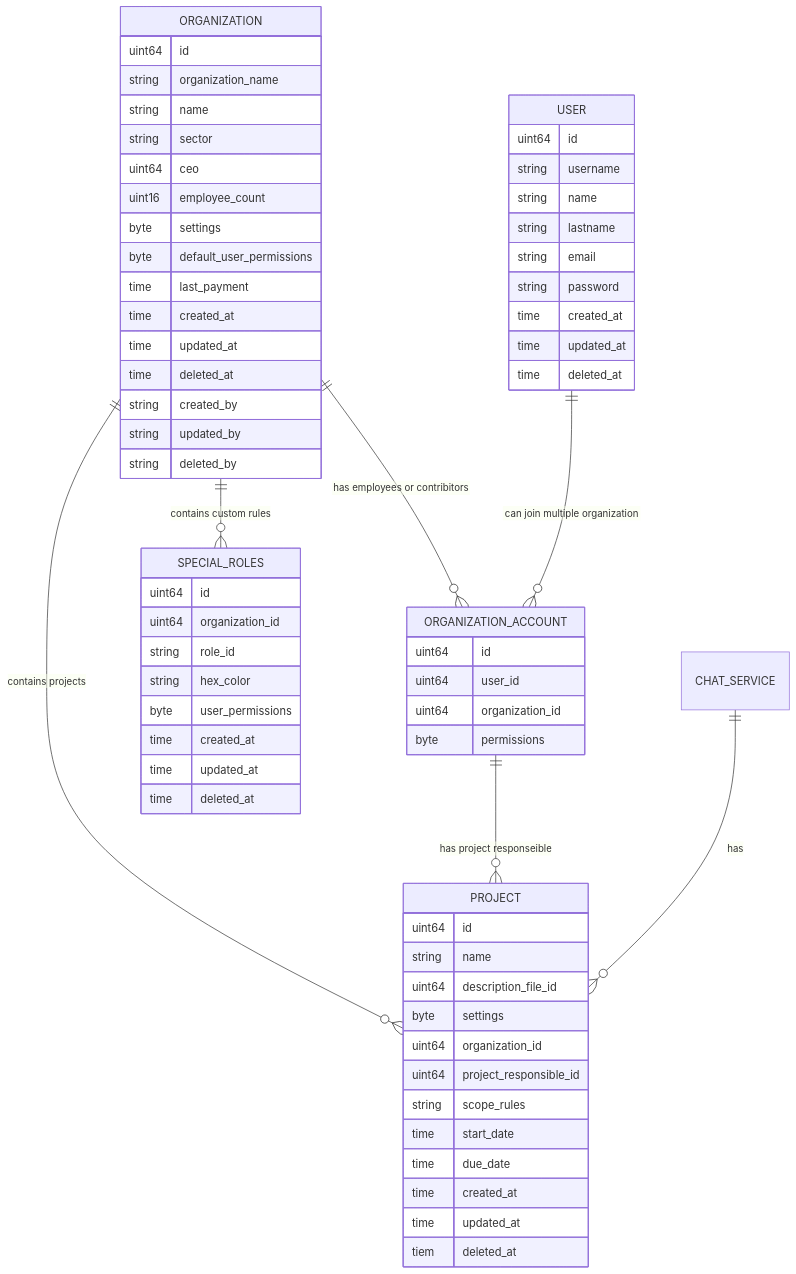
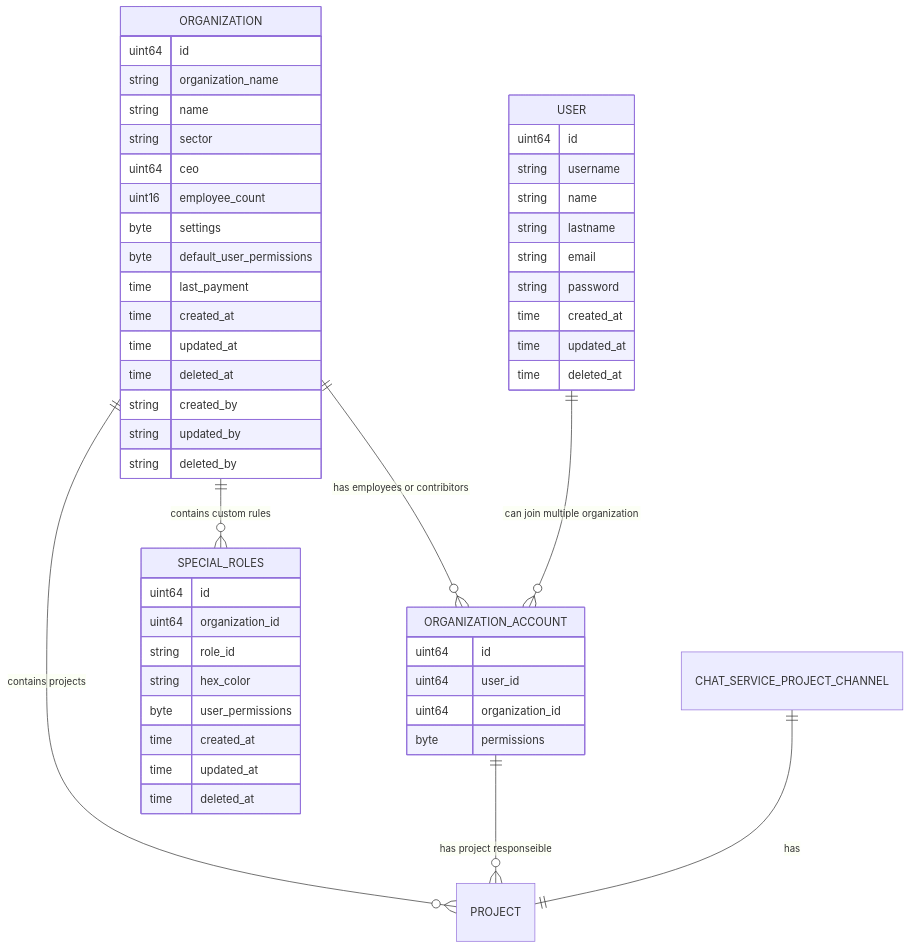
One commit to DEONSKY/ProjectManagementAppDoc changed the first of 3 diagrams in README.md. Above: the diagram before and after it, drawn with Mermaid. The commit also changed other lines of this file, not shown here.

````diff
--- a/README.md
+++ b/README.md
@@ -24,70 +24,57 @@
 ```mermaid
 erDiagram  
  ORGANIZATION  ||--o{  ORGANIZATION_ACCOUNT  : "has employees or contribitors"  
  ORGANIZATION  {  
  uint64 id
  string organization_name  
  string name 
  string sector  
  uint64 ceo
  uint16 employee_count
  byte settings
  byte default_user_permissions
  time last_payment
  time created_at
  time updated_at
  time deleted_at
  string created_by
  string updated_by
  string deleted_by
  
  }  
   ORGANIZATION ||--o{  SPECIAL_ROLES  : "contains custom rules" 
 SPECIAL_ROLES {
 uint64 id
 uint64 organization_id
 string role_id
 string hex_color
 byte user_permissions
 time created_at
 time updated_at
 time deleted_at
 
 }
  ORGANIZATION_ACCOUNT  {  
  uint64 id
  uint64 user_id  
  uint64 organization_id  
  byte permissions
  }  
  USER ||--o{  ORGANIZATION_ACCOUNT  : "can join multiple organization" 
  USER {  
  uint64 id 
  string username
  string name
  string lastname
  string email
  string password
  time created_at
  time updated_at
  time deleted_at
  }
  ORGANIZATION ||--o{  PROJECT  : "contains projects"  
  ORGANIZATION_ACCOUNT ||--o{  PROJECT  : "has project responseible"  
- PROJECT {
-	uint64 id
-	string name
-	uint64 description_file_id
-	byte settings
-	uint64 organization_id
-	uint64 project_responsible_id
-	string scope_rules
-	time start_date
-	time due_date
-	time created_at
-	time updated_at
-	tiem deleted_at
- }
- CHAT_SERVICE ||--o{  PROJECT  : "has" 
- CHAT_SERVICE 
+
+ CHAT_SERVICE_PROJECT_CHANNEL ||--||  PROJECT  : "has" 
+ 
 ```
````
